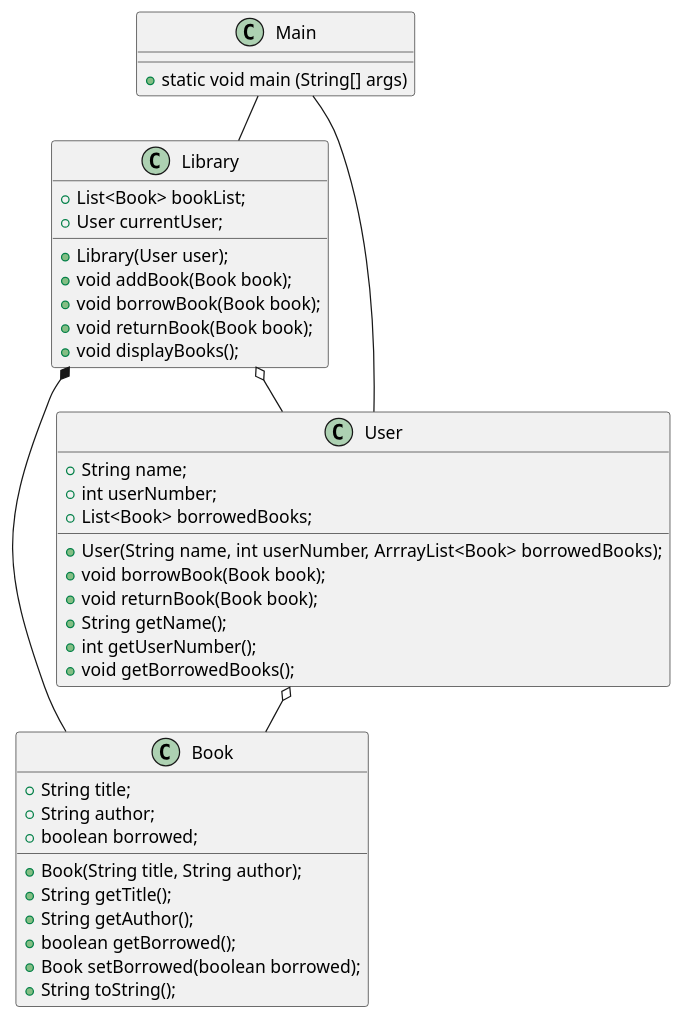
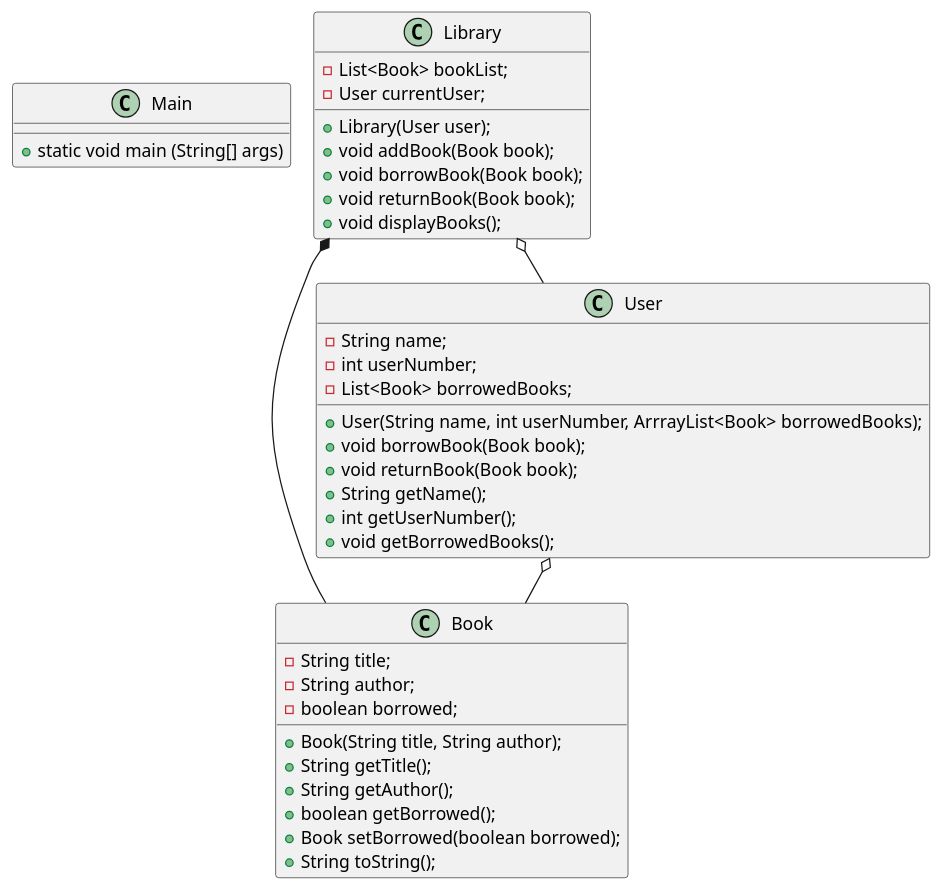
One commit to MojoOno/Eksamensopgaver changed the diagram in Opgave3/docs/classDiagram.puml. Above: the diagram before and after it, drawn with PlantUML. The commit also changed 59 other files, not shown here.

```diff
--- a/Opgave3/docs/classDiagram.puml
+++ b/Opgave3/docs/classDiagram.puml
@@ -1,55 +1,54 @@
 @startuml
 'https://plantuml.com/class-diagram
 !pragma layout smetana
 
     Class Main{
     +static void main (String[] args)
     }
 
     Class Book{
-    +String title;
-    +String author;
-    +boolean borrowed;
+    -String title;
+    -String author;
+    -boolean borrowed;
 
     +Book(String title, String author);
     +String getTitle();
     +String getAuthor();
     +boolean getBorrowed();
     +Book setBorrowed(boolean borrowed);
     +String toString();
     }
 
     Class Library{
-    +List<Book> bookList;
-    +User currentUser;
+    -List<Book> bookList;
+    -User currentUser;
 
     +Library(User user);
     +void addBook(Book book);
     +void borrowBook(Book book);
     +void returnBook(Book book);
     +void displayBooks();
     }
 
     Class User{
-    +String name;
-    +int userNumber;
-    +List<Book> borrowedBooks;
+    -String name;
+    -int userNumber;
+    -List<Book> borrowedBooks;
 
     +User(String name, int userNumber, ArrrayList<Book> borrowedBooks);
     +void borrowBook(Book book);
     +void returnBook(Book book);
     +String getName();
     +int getUserNumber();
     +void getBorrowedBooks();
 
     }
 
 
-Main -- Library
-Main --- User
+
 Library *-- Book
 Library o-- User
 User o-- Book
 
 
 @enduml
```
